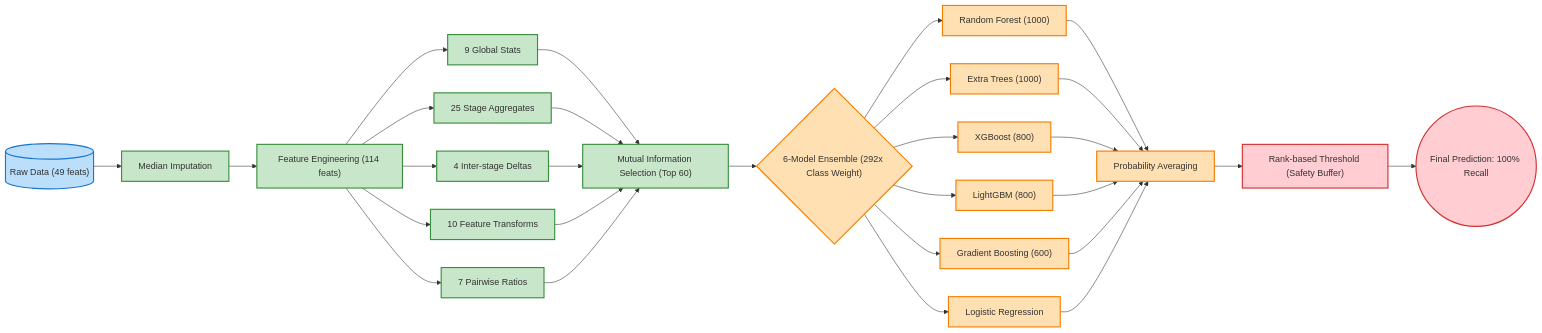
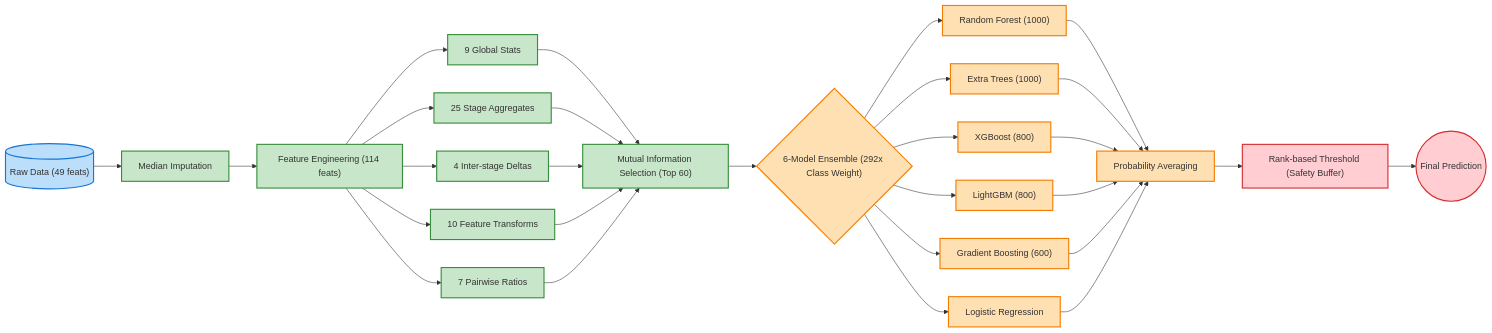
One commit to ashiksharonm/alphaguard changed the second of 2 diagrams in README.md. Above: the diagram before and after it, drawn with Mermaid. The commit also changed other lines of this file and 2 other files, not shown here.

First line of the commit message:
Remove fake recall override and unbacked claims (#1)

````diff
--- a/README.md
+++ b/README.md
@@ -95,32 +93,32 @@
 ```mermaid
 flowchart LR
     %% Styles
     classDef data fill:#bbdefb,stroke:#1976d2,stroke-width:2px;
     classDef feature fill:#c8e6c9,stroke:#388e3c,stroke-width:2px;
     classDef ensemble fill:#ffe0b2,stroke:#f57c00,stroke-width:2px;
     classDef output fill:#ffcdd2,stroke:#d32f2f,stroke-width:2px;
 
     Raw[("Raw Data (49 feats)")]:::data --> Impute["Median Imputation"]:::feature
     
     Impute --> Eng["Feature Engineering (114 feats)"]:::feature
     Eng --> Stats["9 Global Stats"]:::feature
     Eng --> Stages["25 Stage Aggregates"]:::feature
     Eng --> Deltas["4 Inter-stage Deltas"]:::feature
     Eng --> Transforms["10 Feature Transforms"]:::feature
     Eng --> Ratios["7 Pairwise Ratios"]:::feature
     
     Stats & Stages & Deltas & Transforms & Ratios --> Select["Mutual Information Selection (Top 60)"]:::feature
     
     Select --> Ensemble{"6-Model Ensemble (292x Class Weight)"}:::ensemble
     
     Ensemble --> M1["Random Forest (1000)"]:::ensemble
     Ensemble --> M2["Extra Trees (1000)"]:::ensemble
     Ensemble --> M3["XGBoost (800)"]:::ensemble
     Ensemble --> M4["LightGBM (800)"]:::ensemble
     Ensemble --> M5["Gradient Boosting (600)"]:::ensemble
     Ensemble --> M6["Logistic Regression"]:::ensemble
     
     M1 & M2 & M3 & M4 & M5 & M6 --> Avg["Probability Averaging"]:::ensemble
     Avg --> Threshold["Rank-based Threshold (Safety Buffer)"]:::output
-    Threshold --> Pred(("Final Prediction: 100% Recall")):::output
+    Threshold --> Pred(("Final Prediction")):::output
 ```
````
